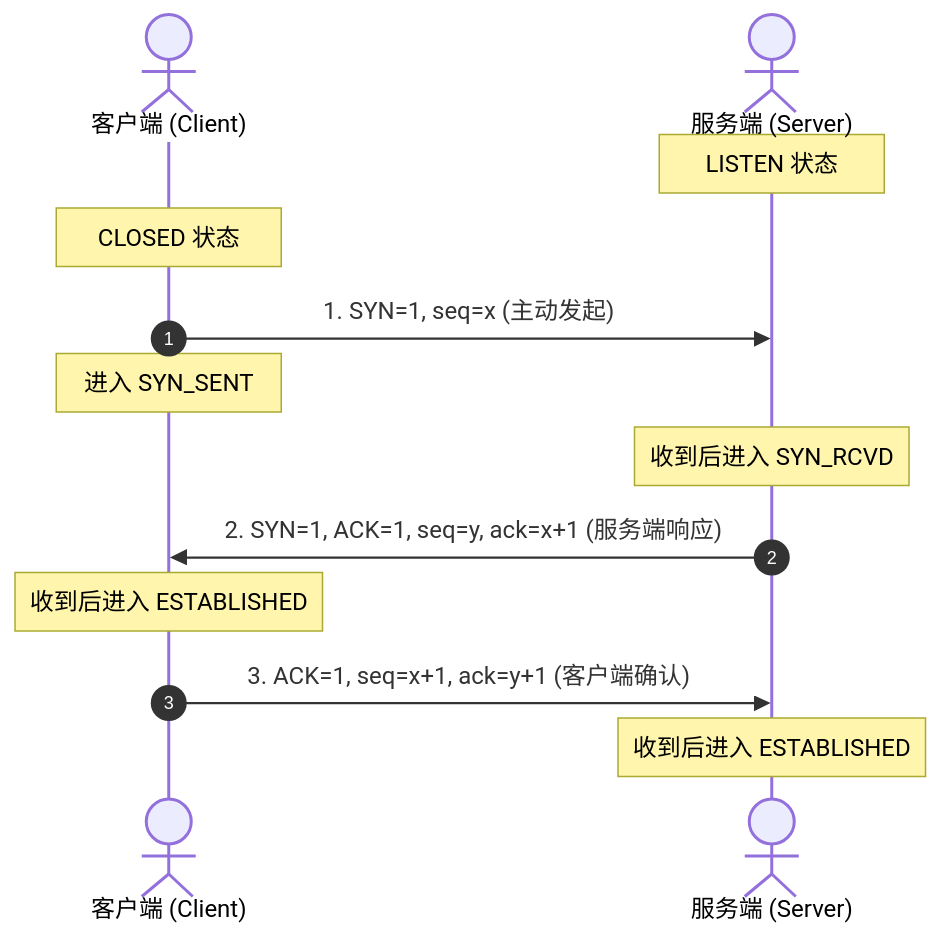
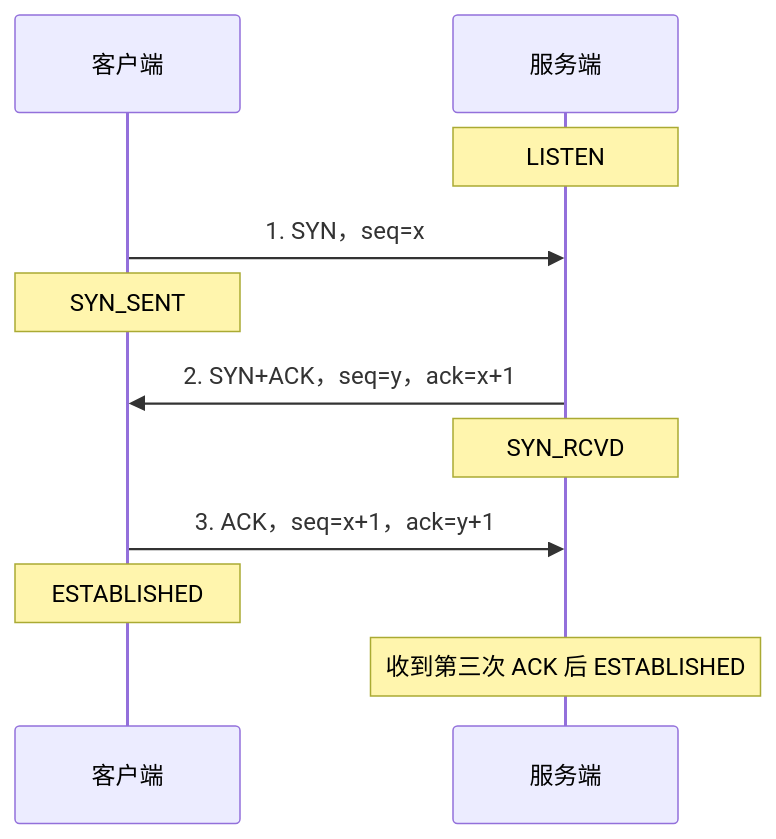
The first of 2 diagrams in 面经/面.md (wanhkjd/javaNowledge), drawn with Mermaid before and after one commit. The commit also changed other lines of this file and 1 other file, not shown here.

````diff
--- a/面经/面.md
+++ b/面经/面.md
@@ -327,15 +425,13 @@
 ```mermaid
 sequenceDiagram
-    autonumber
-    actor C as 客户端 (Client)
-    actor S as 服务端 (Server)
-    Note over S: LISTEN 状态
-    Note over C: CLOSED 状态
-    C->>S: 1. SYN=1, seq=x (主动发起)
-    Note over C: 进入 SYN_SENT
-    Note over S: 收到后进入 SYN_RCVD
-    S->>C: 2. SYN=1, ACK=1, seq=y, ack=x+1 (服务端响应)
-    Note over C: 收到后进入 ESTABLISHED
-    C->>S: 3. ACK=1, seq=x+1, ack=y+1 (客户端确认)
-    Note over S: 收到后进入 ESTABLISHED
+    participant C as 客户端
+    participant S as 服务端
+    Note over S: LISTEN
+    C->>S: 1. SYN，seq=x
+    Note over C: SYN_SENT
+    S->>C: 2. SYN+ACK，seq=y，ack=x+1
+    Note over S: SYN_RCVD
+    C->>S: 3. ACK，seq=x+1，ack=y+1
+    Note over C: ESTABLISHED
+    Note over S: 收到第三次 ACK 后 ESTABLISHED
 ```
````
